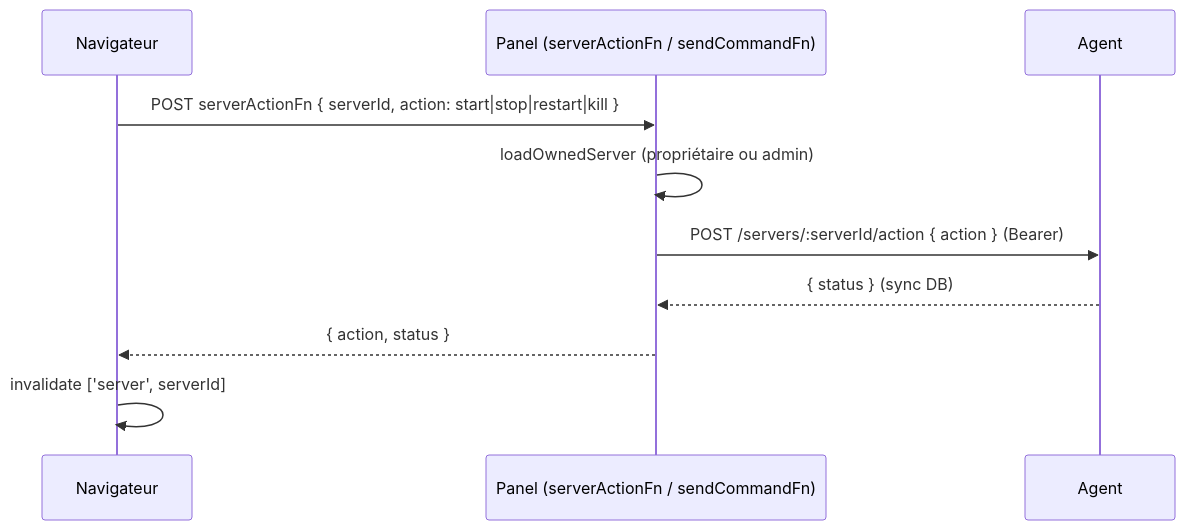
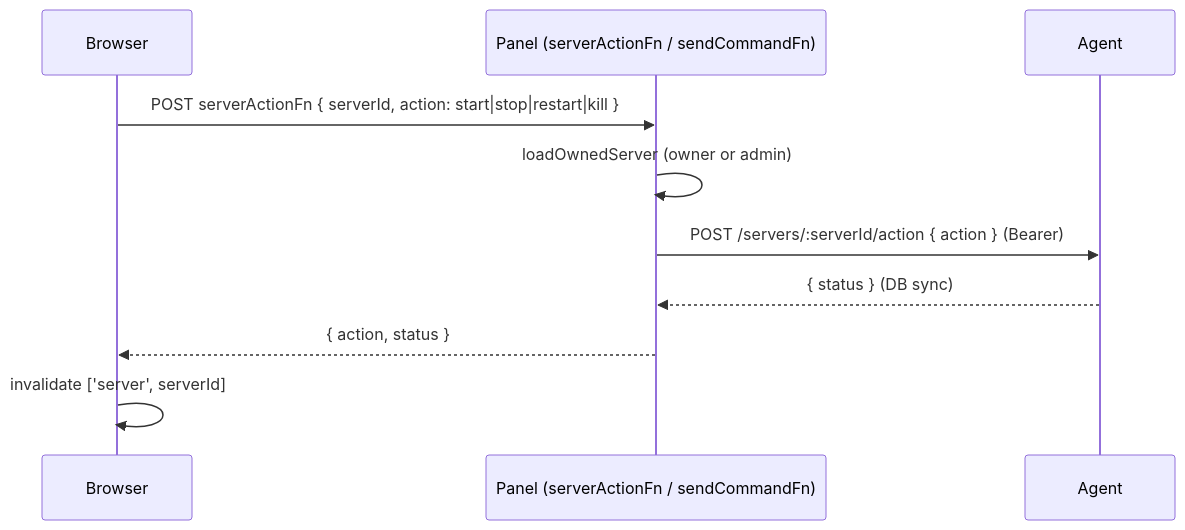
Before and after one commit to mojito-panel/panel: the sixth of 9 diagrams in docs/communications.md, drawn with Mermaid. The commit also changed other lines of this file and 81 other files, not shown here.

````diff
--- a/docs/communications.md
+++ b/docs/communications.md
@@ -192,13 +192,13 @@
 ```mermaid
 sequenceDiagram
-    participant N as Navigateur
+    participant N as Browser
     participant P as Panel (serverActionFn / sendCommandFn)
     participant A as Agent
 
     N->>P: POST serverActionFn { serverId, action: start|stop|restart|kill }
-    P->>P: loadOwnedServer (propriétaire ou admin)
+    P->>P: loadOwnedServer (owner or admin)
     P->>A: POST /servers/:serverId/action { action } (Bearer)
-    A-->>P: { status } (sync DB)
+    A-->>P: { status } (DB sync)
     P-->>N: { action, status }
     N->>N: invalidate ['server', serverId]
 ```
````
